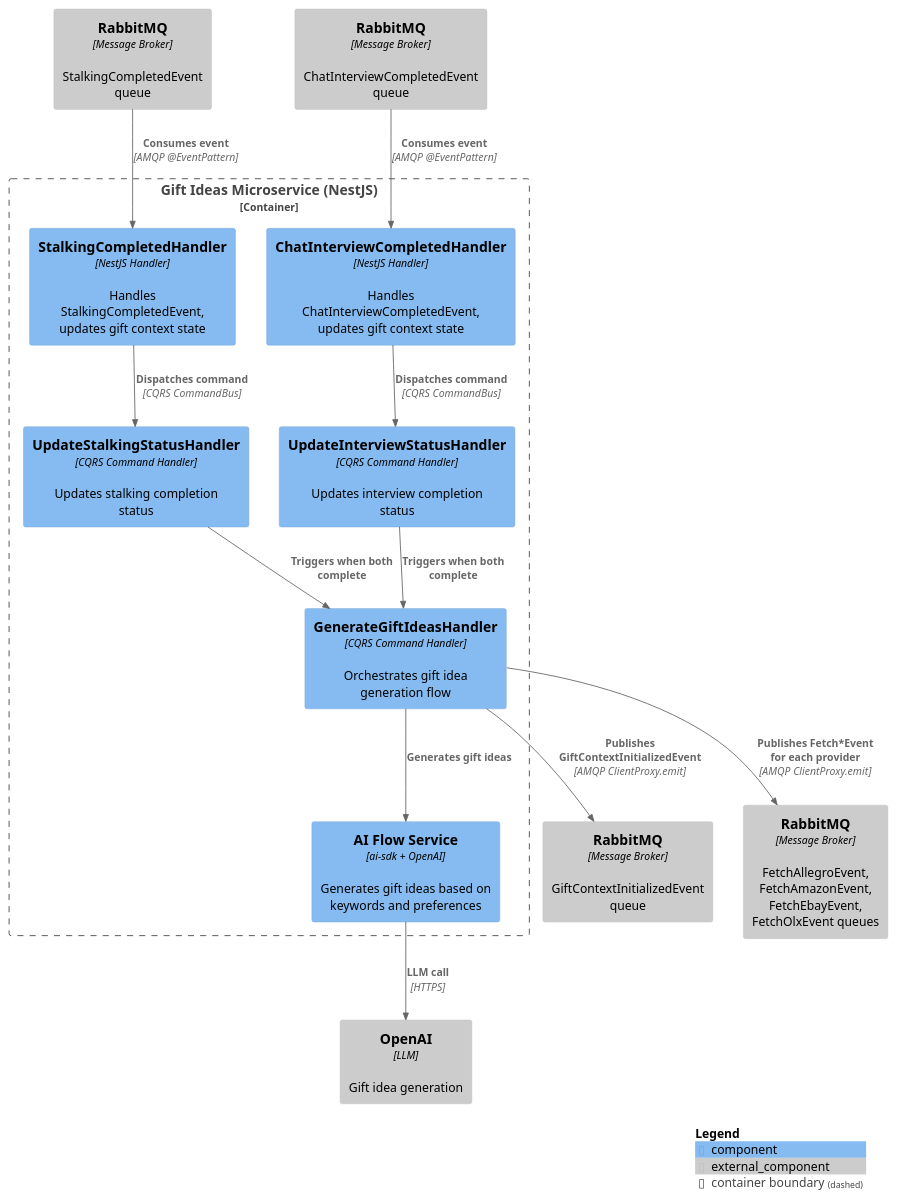
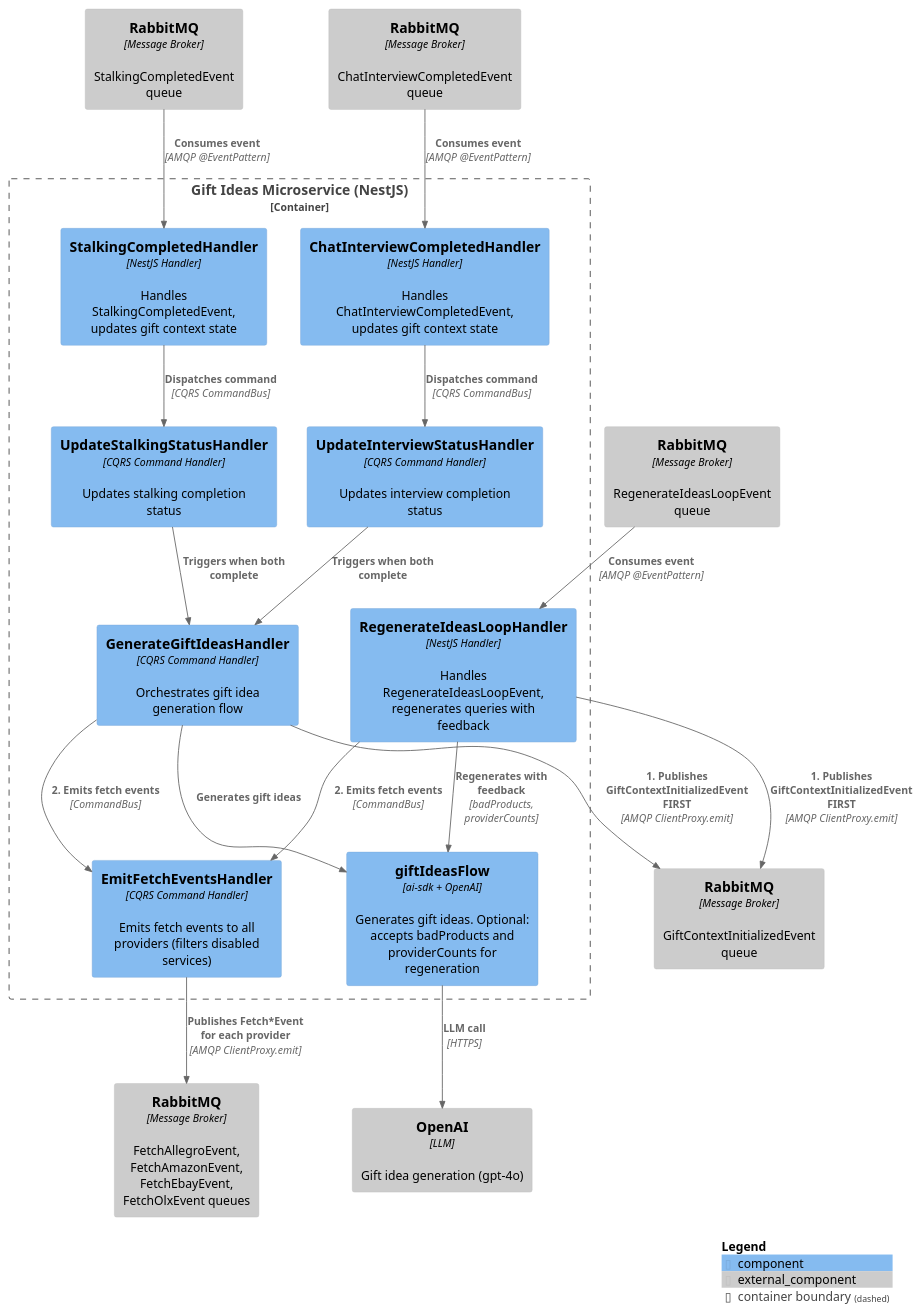
Before and after one commit to Generacja-Cuzi/ai-present-finder: the diagram in docs/C4_v0.2.0/gift_ideas_component.puml, drawn with PlantUML. The commit also changed 25 other files, not shown here.

```diff
--- a/docs/C4_v0.2.0/gift_ideas_component.puml
+++ b/docs/C4_v0.2.0/gift_ideas_component.puml
@@ -1,33 +1,42 @@
 @startuml C4_Component_GiftIdeas
 !include https://raw.githubusercontent.com/plantuml-stdlib/C4-PlantUML/master/C4_Component.puml
 
 Container_Boundary(gift, "Gift Ideas Microservice (NestJS)") {
   Component(stalking_completed_handler, "StalkingCompletedHandler", "NestJS Handler", "Handles StalkingCompletedEvent, updates gift context state")
   Component(chat_completed_handler, "ChatInterviewCompletedHandler", "NestJS Handler", "Handles ChatInterviewCompletedEvent, updates gift context state")
+  Component(regenerate_handler, "RegenerateIdeasLoopHandler", "NestJS Handler", "Handles RegenerateIdeasLoopEvent, regenerates queries with feedback")
   Component(generate_handler, "GenerateGiftIdeasHandler", "CQRS Command Handler", "Orchestrates gift idea generation flow")
-  Component(ai_flow, "AI Flow Service", "ai-sdk + OpenAI", "Generates gift ideas based on keywords and preferences")
+  Component(emit_fetch_handler, "EmitFetchEventsHandler", "CQRS Command Handler", "Emits fetch events to all providers (filters disabled services)")
+  Component(ai_flow, "giftIdeasFlow", "ai-sdk + OpenAI", "Generates gift ideas. Optional: accepts badProducts and providerCounts for regeneration")
   Component(update_stalking_handler, "UpdateStalkingStatusHandler", "CQRS Command Handler", "Updates stalking completion status")
   Component(update_interview_handler, "UpdateInterviewStatusHandler", "CQRS Command Handler", "Updates interview completion status")
 }
 
 Component_Ext(rabbitmq_in_stalking, "RabbitMQ", "Message Broker", "StalkingCompletedEvent queue")
 Component_Ext(rabbitmq_in_interview, "RabbitMQ", "Message Broker", "ChatInterviewCompletedEvent queue")
+Component_Ext(rabbitmq_in_regenerate, "RabbitMQ", "Message Broker", "RegenerateIdeasLoopEvent queue")
 Component_Ext(rabbitmq_out_context, "RabbitMQ", "Message Broker", "GiftContextInitializedEvent queue")
 Component_Ext(rabbitmq_out_fetch, "RabbitMQ", "Message Broker", "FetchAllegroEvent, FetchAmazonEvent, FetchEbayEvent, FetchOlxEvent queues")
-Component_Ext(openai, "OpenAI", "LLM", "Gift idea generation")
+Component_Ext(openai, "OpenAI", "LLM", "Gift idea generation (gpt-4o)")
 
 Rel(rabbitmq_in_stalking, stalking_completed_handler, "Consumes event", "AMQP @EventPattern")
 Rel(stalking_completed_handler, update_stalking_handler, "Dispatches command", "CQRS CommandBus")
 Rel(update_stalking_handler, generate_handler, "Triggers when both complete")
 
 Rel(rabbitmq_in_interview, chat_completed_handler, "Consumes event", "AMQP @EventPattern")
 Rel(chat_completed_handler, update_interview_handler, "Dispatches command", "CQRS CommandBus")
 Rel(update_interview_handler, generate_handler, "Triggers when both complete")
 
+Rel(rabbitmq_in_regenerate, regenerate_handler, "Consumes event", "AMQP @EventPattern")
+Rel(regenerate_handler, ai_flow, "Regenerates with feedback", "badProducts, providerCounts")
+
 Rel(generate_handler, ai_flow, "Generates gift ideas")
 Rel(ai_flow, openai, "LLM call", "HTTPS")
-Rel(generate_handler, rabbitmq_out_context, "Publishes GiftContextInitializedEvent", "AMQP ClientProxy.emit")
-Rel(generate_handler, rabbitmq_out_fetch, "Publishes Fetch*Event for each provider", "AMQP ClientProxy.emit")
+Rel(generate_handler, rabbitmq_out_context, "1. Publishes GiftContextInitializedEvent FIRST", "AMQP ClientProxy.emit")
+Rel(generate_handler, emit_fetch_handler, "2. Emits fetch events", "CommandBus")
+Rel(regenerate_handler, rabbitmq_out_context, "1. Publishes GiftContextInitializedEvent FIRST", "AMQP ClientProxy.emit")
+Rel(regenerate_handler, emit_fetch_handler, "2. Emits fetch events", "CommandBus")
+Rel(emit_fetch_handler, rabbitmq_out_fetch, "Publishes Fetch*Event for each provider", "AMQP ClientProxy.emit")
 
 SHOW_LEGEND()
 @enduml
```
